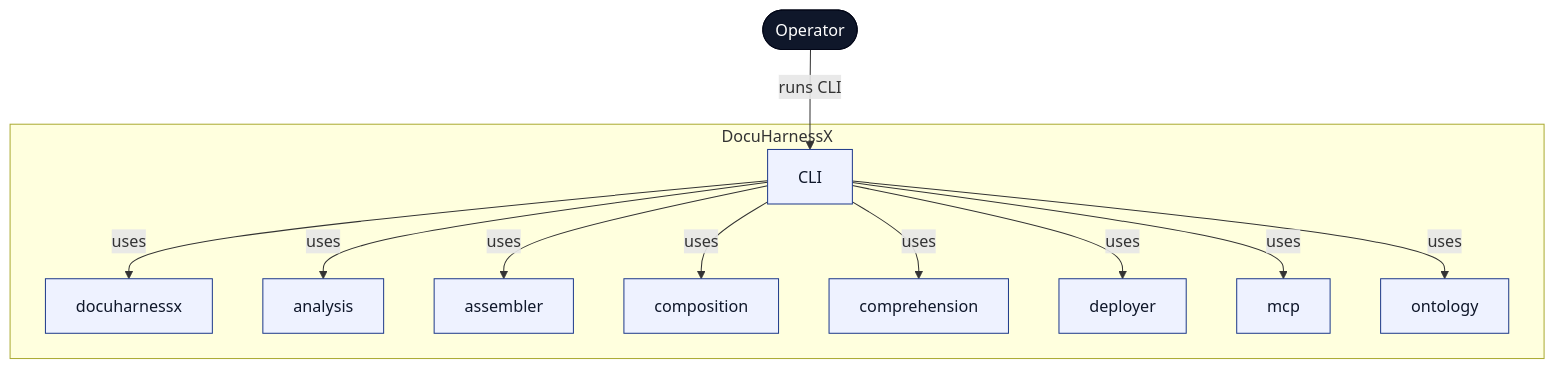
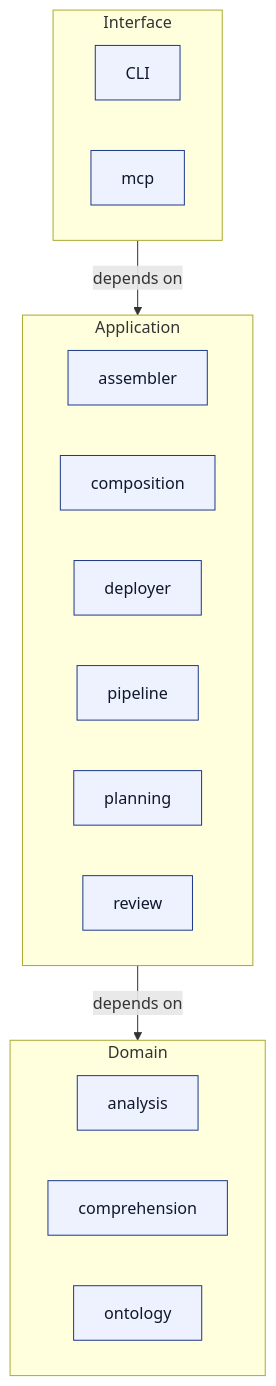
One commit to norandom/DocuHarnessX changed the second of 6 diagrams in docs/component-docuharnessx-3986831c.md. Above: the diagram before and after it, drawn with Mermaid. The commit also changed 10 other files, not shown here.

First line of the commit message:
feat(comprehension-visuals): autodetect layered and service architecture

````diff
--- a/docs/component-docuharnessx-3986831c.md
+++ b/docs/component-docuharnessx-3986831c.md
@@ -57,31 +57,28 @@
 ```mermaid
 flowchart TB
-  subgraph sys["DocuHarnessX"]
-    cli["CLI"]
-    c0["docuharnessx"]
-    c1["analysis"]
-    c2["assembler"]
-    c3["composition"]
-    c4["comprehension"]
-    c5["deployer"]
-    c6["mcp"]
-    c7["ontology"]
+  subgraph b0["Interface"]
+    b0m0["CLI"]
+    b0m1["mcp"]
   end
-  actor(["Operator"])
-  actor -->|"runs CLI"| cli
-  class actor actor
-  cli -->|uses| c0
-  cli -->|uses| c1
-  cli -->|uses| c2
-  cli -->|uses| c3
-  cli -->|uses| c4
-  cli -->|uses| c5
-  cli -->|uses| c6
-  cli -->|uses| c7
-  class cli,c0,c1,c2,c3,c4,c5,c6,c7 container
+  subgraph b1["Application"]
+    b1m0["assembler"]
+    b1m1["composition"]
+    b1m2["deployer"]
+    b1m3["pipeline"]
+    b1m4["planning"]
+    b1m5["review"]
+  end
+  subgraph b2["Domain"]
+    b2m0["analysis"]
+    b2m1["comprehension"]
+    b2m2["ontology"]
+  end
+  b0 -->|"depends on"| b1
+  b1 -->|"depends on"| b2
+  class b0m0,b0m1,b1m0,b1m1,b1m2,b1m3,b1m4,b1m5,b2m0,b2m1,b2m2 container
   classDef actor fill:#0F172A,stroke:#020617,color:#FFFFFF
   classDef system fill:#1E3A8A,stroke:#1E3A8A,color:#FFFFFF
   classDef container fill:#EEF2FF,stroke:#1E3A8A,color:#0F172A
   classDef external fill:#F8FAFC,stroke:#64748B,color:#0F172A
   classDef store fill:#E2E8F0,stroke:#334155,color:#0F172A
 ```
````
